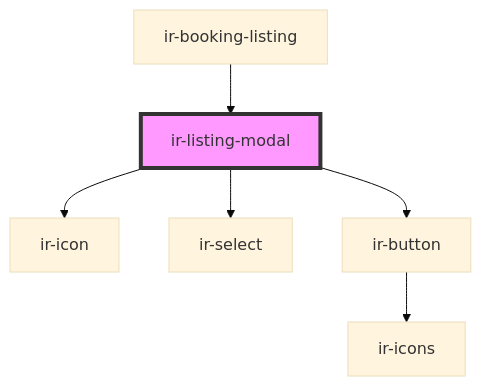
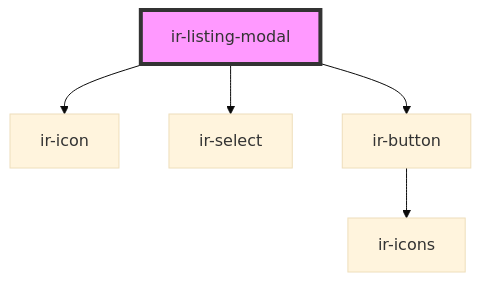
One commit to David1Chowaifaty/modified-ir-webcmp changed the diagram in src/components/ir-booking-listing/ir-listing-modal/readme.md. Above: the diagram before and after it, drawn with Mermaid (base theme). The commit also changed other lines of this file and 77 other files, not shown here.

````diff
--- a/src/components/ir-booking-listing/ir-listing-modal/readme.md
+++ b/src/components/ir-booking-listing/ir-listing-modal/readme.md
@@ -61,9 +57,8 @@
 ```mermaid
 graph TD;
   ir-listing-modal --> ir-icon
   ir-listing-modal --> ir-select
   ir-listing-modal --> ir-button
   ir-button --> ir-icons
-  ir-booking-listing --> ir-listing-modal
   style ir-listing-modal fill:#f9f,stroke:#333,stroke-width:4px
 ```
````
